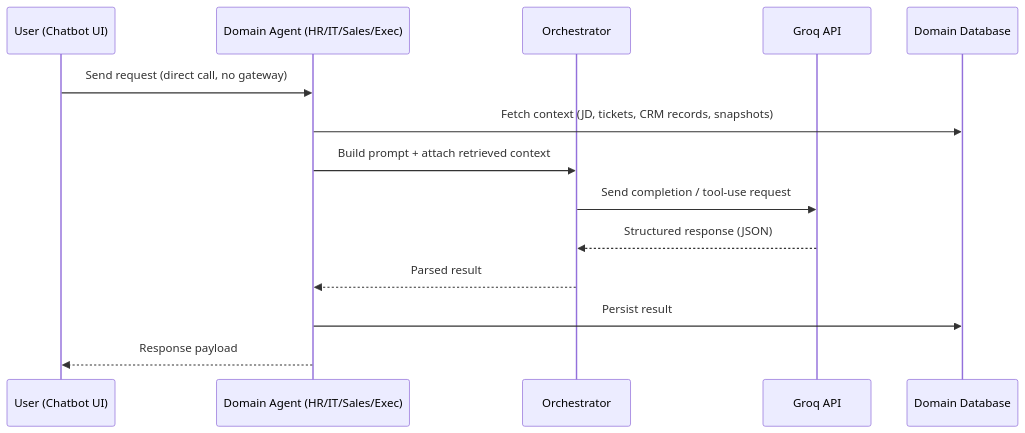
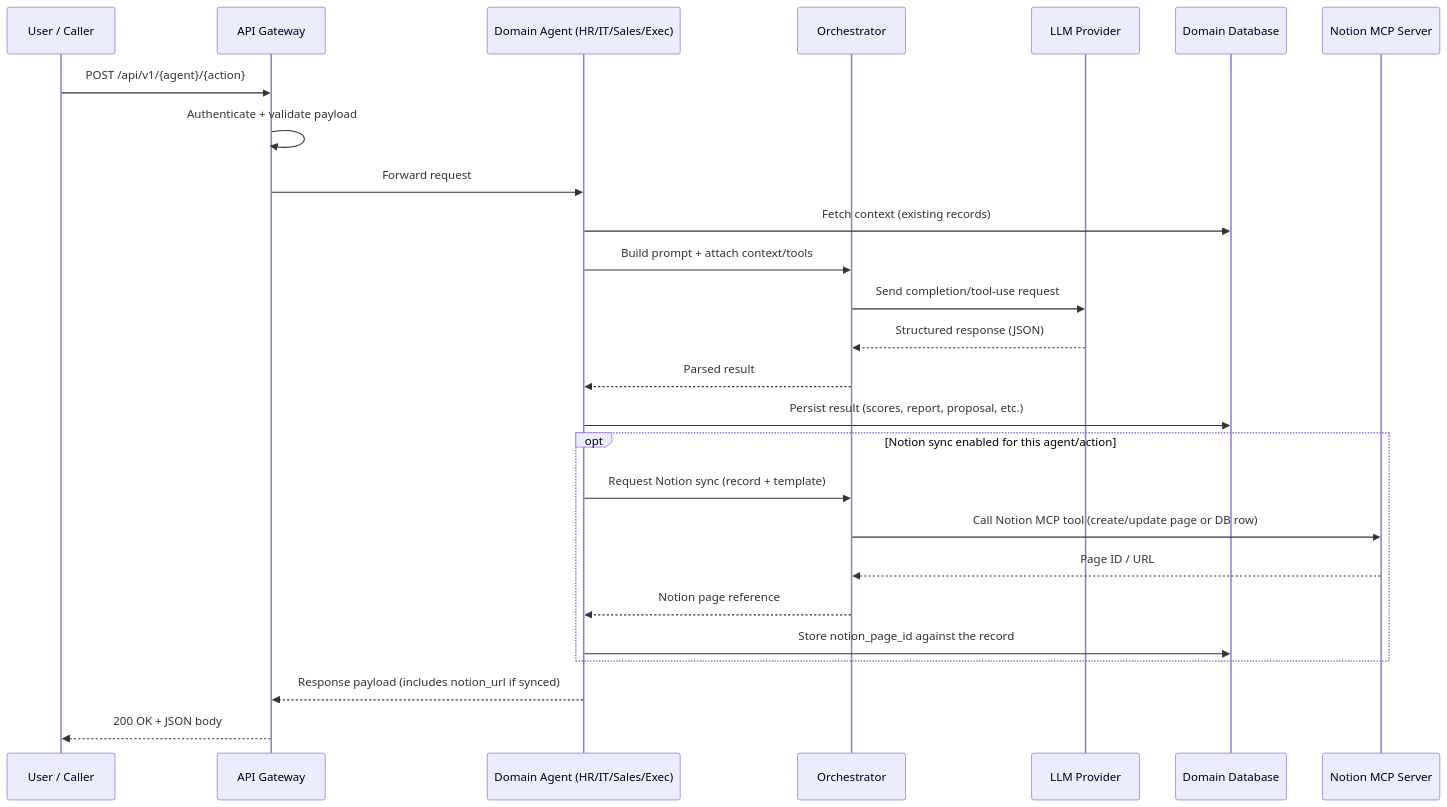
One commit to HarshSinha-1/Multi_agent_orchestration_purposive changed the second of 7 diagrams in README.md. Above: the diagram before and after it, drawn with Mermaid. The commit also changed other lines of this file, not shown here.

````diff
--- a/README.md
+++ b/README.md
@@ -89,17 +107,29 @@
 ```mermaid
 sequenceDiagram
-    participant U as User (Chatbot UI)
+    participant U as User / Caller
+    participant GW as API Gateway
     participant AG as Domain Agent (HR/IT/Sales/Exec)
     participant OR as Orchestrator
-    participant GQ as Groq API
+    participant LLM as LLM Provider
     participant DB as Domain Database
+    participant MCP as Notion MCP Server
 
-    U->>AG: Send request (direct call, no gateway)
-    AG->>DB: Fetch context (JD, tickets, CRM records, snapshots)
-    AG->>OR: Build prompt + attach retrieved context
-    OR->>GQ: Send completion / tool-use request
-    GQ-->>OR: Structured response (JSON)
+    U->>GW: POST /api/v1/{agent}/{action}
+    GW->>GW: Authenticate + validate payload
+    GW->>AG: Forward request
+    AG->>DB: Fetch context (existing records)
+    AG->>OR: Build prompt + attach context/tools
+    OR->>LLM: Send completion/tool-use request
+    LLM-->>OR: Structured response (JSON)
     OR-->>AG: Parsed result
-    AG->>DB: Persist result
-    AG-->>U: Response payload
+    AG->>DB: Persist result (scores, report, proposal, etc.)
+    opt Notion sync enabled for this agent/action
+        AG->>OR: Request Notion sync (record + template)
+        OR->>MCP: Call Notion MCP tool (create/update page or DB row)
+        MCP-->>OR: Page ID / URL
+        OR-->>AG: Notion page reference
+        AG->>DB: Store notion_page_id against the record
+    end
+    AG-->>GW: Response payload (includes notion_url if synced)
+    GW-->>U: 200 OK + JSON body
 ```
````
